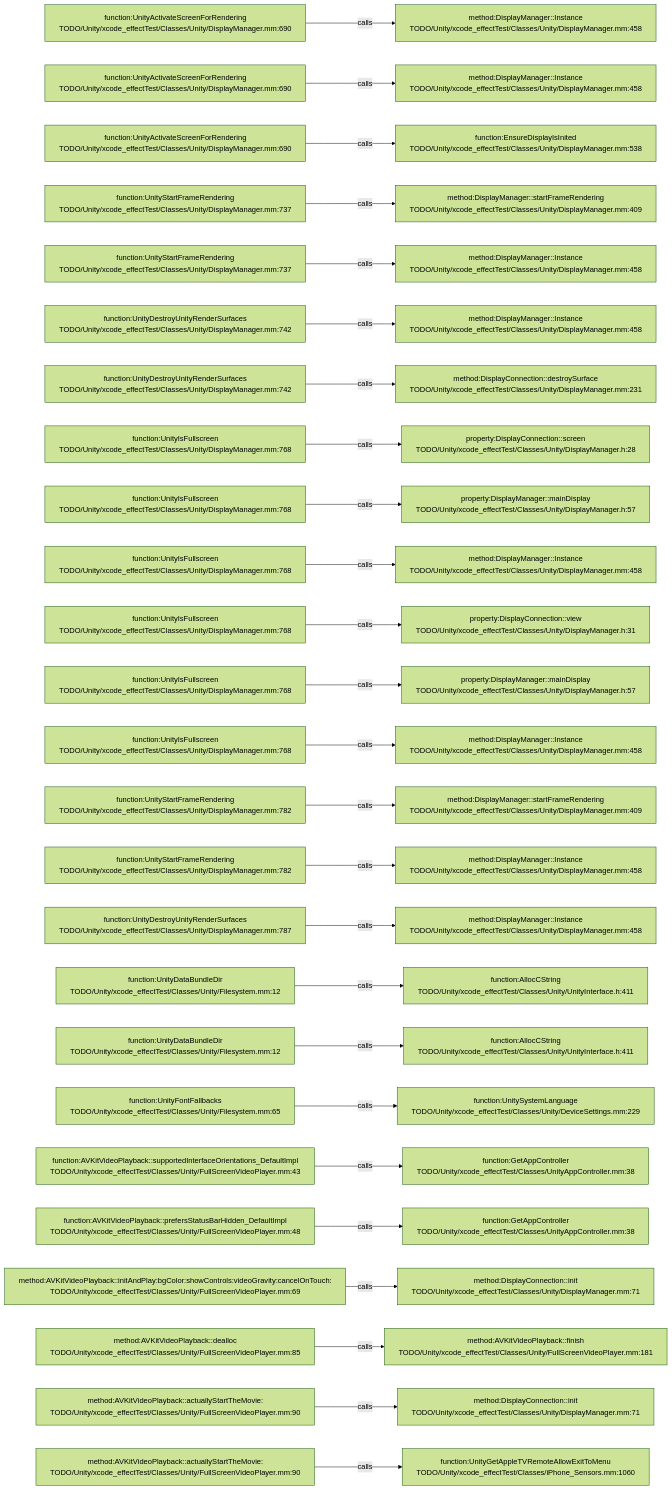
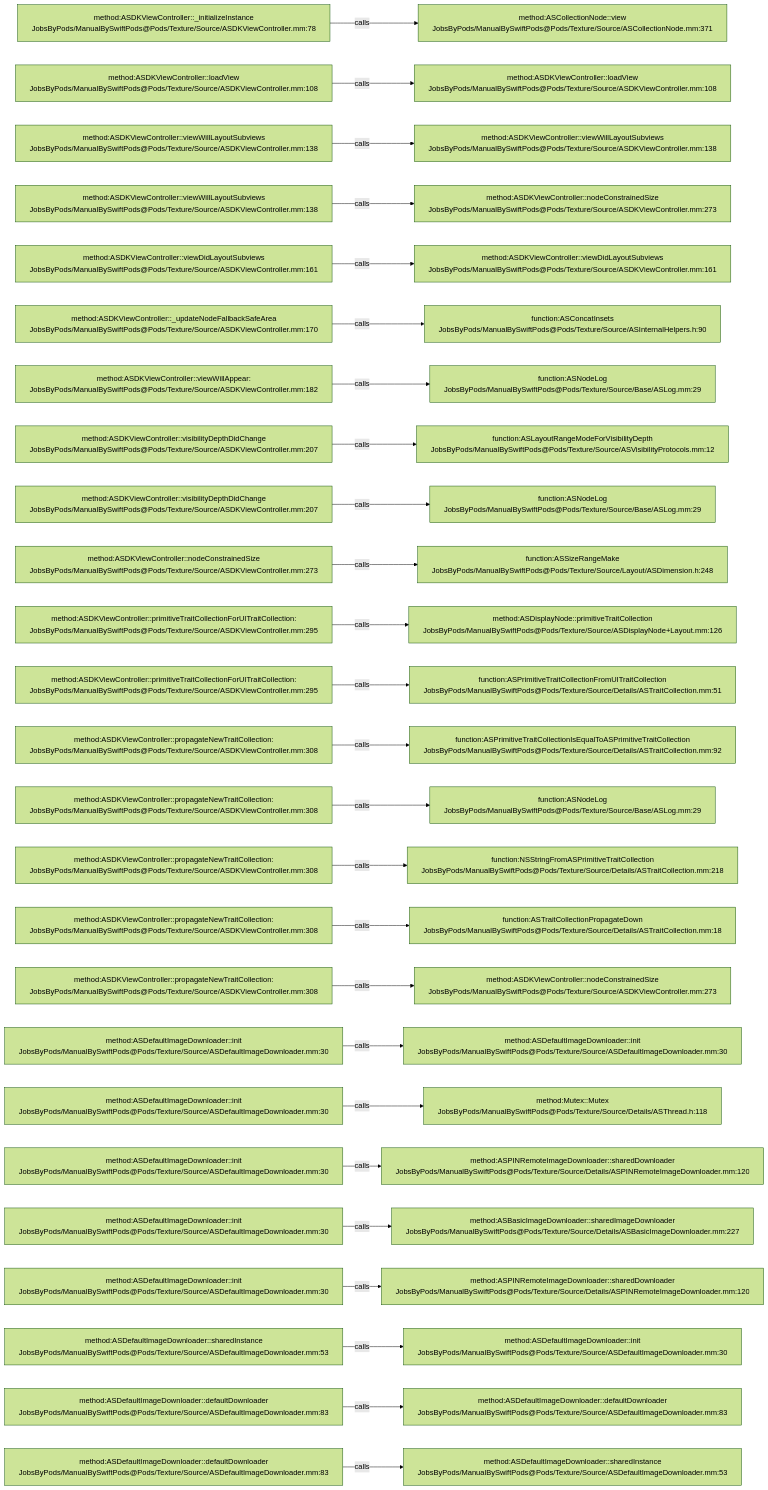
The diagram in .codegraph/codegraph.md/graphs/calls-038.md (JobsKits/JobsSwiftBaseConfigDemo), drawn with Mermaid (forest theme) before and after one commit. The commit also changed 2959 other files, not shown here.

````diff
--- a/.codegraph/codegraph.md/graphs/calls-038.md
+++ b/.codegraph/codegraph.md/graphs/calls-038.md
@@ -13,78 +13,78 @@
 ```mermaid
 flowchart LR
-  S1["function:UnityActivateScreenForRendering<br/>TODO/Unity/xcode_effectTest/Classes/Unity/DisplayManager.mm:690"]
-  T1["method:DisplayManager::Instance<br/>TODO/Unity/xcode_effectTest/Classes/Unity/DisplayManager.mm:458"]
+  S1["method:ASDKViewController::_initializeInstance<br/>JobsByPods/ManualBySwiftPods@Pods/Texture/Source/ASDKViewController.mm:78"]
+  T1["method:ASCollectionNode::view<br/>JobsByPods/ManualBySwiftPods@Pods/Texture/Source/ASCollectionNode.mm:371"]
   S1 -->|calls| T1
-  S2["function:UnityActivateScreenForRendering<br/>TODO/Unity/xcode_effectTest/Classes/Unity/DisplayManager.mm:690"]
-  T2["method:DisplayManager::Instance<br/>TODO/Unity/xcode_effectTest/Classes/Unity/DisplayManager.mm:458"]
+  S2["method:ASDKViewController::loadView<br/>JobsByPods/ManualBySwiftPods@Pods/Texture/Source/ASDKViewController.mm:108"]
+  T2["method:ASDKViewController::loadView<br/>JobsByPods/ManualBySwiftPods@Pods/Texture/Source/ASDKViewController.mm:108"]
   S2 -->|calls| T2
-  S3["function:UnityActivateScreenForRendering<br/>TODO/Unity/xcode_effectTest/Classes/Unity/DisplayManager.mm:690"]
-  T3["function:EnsureDisplayIsInited<br/>TODO/Unity/xcode_effectTest/Classes/Unity/DisplayManager.mm:538"]
+  S3["method:ASDKViewController::viewWillLayoutSubviews<br/>JobsByPods/ManualBySwiftPods@Pods/Texture/Source/ASDKViewController.mm:138"]
+  T3["method:ASDKViewController::viewWillLayoutSubviews<br/>JobsByPods/ManualBySwiftPods@Pods/Texture/Source/ASDKViewController.mm:138"]
   S3 -->|calls| T3
-  S4["function:UnityStartFrameRendering<br/>TODO/Unity/xcode_effectTest/Classes/Unity/DisplayManager.mm:737"]
-  T4["method:DisplayManager::startFrameRendering<br/>TODO/Unity/xcode_effectTest/Classes/Unity/DisplayManager.mm:409"]
+  S4["method:ASDKViewController::viewWillLayoutSubviews<br/>JobsByPods/ManualBySwiftPods@Pods/Texture/Source/ASDKViewController.mm:138"]
+  T4["method:ASDKViewController::nodeConstrainedSize<br/>JobsByPods/ManualBySwiftPods@Pods/Texture/Source/ASDKViewController.mm:273"]
   S4 -->|calls| T4
-  S5["function:UnityStartFrameRendering<br/>TODO/Unity/xcode_effectTest/Classes/Unity/DisplayManager.mm:737"]
-  T5["method:DisplayManager::Instance<br/>TODO/Unity/xcode_effectTest/Classes/Unity/DisplayManager.mm:458"]
+  S5["method:ASDKViewController::viewDidLayoutSubviews<br/>JobsByPods/ManualBySwiftPods@Pods/Texture/Source/ASDKViewController.mm:161"]
+  T5["method:ASDKViewController::viewDidLayoutSubviews<br/>JobsByPods/ManualBySwiftPods@Pods/Texture/Source/ASDKViewController.mm:161"]
   S5 -->|calls| T5
-  S6["function:UnityDestroyUnityRenderSurfaces<br/>TODO/Unity/xcode_effectTest/Classes/Unity/DisplayManager.mm:742"]
-  T6["method:DisplayManager::Instance<br/>TODO/Unity/xcode_effectTest/Classes/Unity/DisplayManager.mm:458"]
+  S6["method:ASDKViewController::_updateNodeFallbackSafeArea<br/>JobsByPods/ManualBySwiftPods@Pods/Texture/Source/ASDKViewController.mm:170"]
+  T6["function:ASConcatInsets<br/>JobsByPods/ManualBySwiftPods@Pods/Texture/Source/ASInternalHelpers.h:90"]
   S6 -->|calls| T6
-  S7["function:UnityDestroyUnityRenderSurfaces<br/>TODO/Unity/xcode_effectTest/Classes/Unity/DisplayManager.mm:742"]
-  T7["method:DisplayConnection::destroySurface<br/>TODO/Unity/xcode_effectTest/Classes/Unity/DisplayManager.mm:231"]
+  S7["method:ASDKViewController::viewWillAppear:<br/>JobsByPods/ManualBySwiftPods@Pods/Texture/Source/ASDKViewController.mm:182"]
+  T7["function:ASNodeLog<br/>JobsByPods/ManualBySwiftPods@Pods/Texture/Source/Base/ASLog.mm:29"]
   S7 -->|calls| T7
-  S8["function:UnityIsFullscreen<br/>TODO/Unity/xcode_effectTest/Classes/Unity/DisplayManager.mm:768"]
-  T8["property:DisplayConnection::screen<br/>TODO/Unity/xcode_effectTest/Classes/Unity/DisplayManager.h:28"]
+  S8["method:ASDKViewController::visibilityDepthDidChange<br/>JobsByPods/ManualBySwiftPods@Pods/Texture/Source/ASDKViewController.mm:207"]
+  T8["function:ASLayoutRangeModeForVisibilityDepth<br/>JobsByPods/ManualBySwiftPods@Pods/Texture/Source/ASVisibilityProtocols.mm:12"]
   S8 -->|calls| T8
-  S9["function:UnityIsFullscreen<br/>TODO/Unity/xcode_effectTest/Classes/Unity/DisplayManager.mm:768"]
-  T9["property:DisplayManager::mainDisplay<br/>TODO/Unity/xcode_effectTest/Classes/Unity/DisplayManager.h:57"]
+  S9["method:ASDKViewController::visibilityDepthDidChange<br/>JobsByPods/ManualBySwiftPods@Pods/Texture/Source/ASDKViewController.mm:207"]
+  T9["function:ASNodeLog<br/>JobsByPods/ManualBySwiftPods@Pods/Texture/Source/Base/ASLog.mm:29"]
   S9 -->|calls| T9
-  S10["function:UnityIsFullscreen<br/>TODO/Unity/xcode_effectTest/Classes/Unity/DisplayManager.mm:768"]
-  T10["method:DisplayManager::Instance<br/>TODO/Unity/xcode_effectTest/Classes/Unity/DisplayManager.mm:458"]
+  S10["method:ASDKViewController::nodeConstrainedSize<br/>JobsByPods/ManualBySwiftPods@Pods/Texture/Source/ASDKViewController.mm:273"]
+  T10["function:ASSizeRangeMake<br/>JobsByPods/ManualBySwiftPods@Pods/Texture/Source/Layout/ASDimension.h:248"]
   S10 -->|calls| T10
-  S11["function:UnityIsFullscreen<br/>TODO/Unity/xcode_effectTest/Classes/Unity/DisplayManager.mm:768"]
-  T11["property:DisplayConnection::view<br/>TODO/Unity/xcode_effectTest/Classes/Unity/DisplayManager.h:31"]
+  S11["method:ASDKViewController::primitiveTraitCollectionForUITraitCollection:<br/>JobsByPods/ManualBySwiftPods@Pods/Texture/Source/ASDKViewController.mm:295"]
+  T11["method:ASDisplayNode::primitiveTraitCollection<br/>JobsByPods/ManualBySwiftPods@Pods/Texture/Source/ASDisplayNode+Layout.mm:126"]
   S11 -->|calls| T11
-  S12["function:UnityIsFullscreen<br/>TODO/Unity/xcode_effectTest/Classes/Unity/DisplayManager.mm:768"]
-  T12["property:DisplayManager::mainDisplay<br/>TODO/Unity/xcode_effectTest/Classes/Unity/DisplayManager.h:57"]
+  S12["method:ASDKViewController::primitiveTraitCollectionForUITraitCollection:<br/>JobsByPods/ManualBySwiftPods@Pods/Texture/Source/ASDKViewController.mm:295"]
+  T12["function:ASPrimitiveTraitCollectionFromUITraitCollection<br/>JobsByPods/ManualBySwiftPods@Pods/Texture/Source/Details/ASTraitCollection.mm:51"]
   S12 -->|calls| T12
-  S13["function:UnityIsFullscreen<br/>TODO/Unity/xcode_effectTest/Classes/Unity/DisplayManager.mm:768"]
-  T13["method:DisplayManager::Instance<br/>TODO/Unity/xcode_effectTest/Classes/Unity/DisplayManager.mm:458"]
+  S13["method:ASDKViewController::propagateNewTraitCollection:<br/>JobsByPods/ManualBySwiftPods@Pods/Texture/Source/ASDKViewController.mm:308"]
+  T13["function:ASPrimitiveTraitCollectionIsEqualToASPrimitiveTraitCollection<br/>JobsByPods/ManualBySwiftPods@Pods/Texture/Source/Details/ASTraitCollection.mm:92"]
   S13 -->|calls| T13
-  S14["function:UnityStartFrameRendering<br/>TODO/Unity/xcode_effectTest/Classes/Unity/DisplayManager.mm:782"]
-  T14["method:DisplayManager::startFrameRendering<br/>TODO/Unity/xcode_effectTest/Classes/Unity/DisplayManager.mm:409"]
+  S14["method:ASDKViewController::propagateNewTraitCollection:<br/>JobsByPods/ManualBySwiftPods@Pods/Texture/Source/ASDKViewController.mm:308"]
+  T14["function:ASNodeLog<br/>JobsByPods/ManualBySwiftPods@Pods/Texture/Source/Base/ASLog.mm:29"]
   S14 -->|calls| T14
-  S15["function:UnityStartFrameRendering<br/>TODO/Unity/xcode_effectTest/Classes/Unity/DisplayManager.mm:782"]
-  T15["method:DisplayManager::Instance<br/>TODO/Unity/xcode_effectTest/Classes/Unity/DisplayManager.mm:458"]
+  S15["method:ASDKViewController::propagateNewTraitCollection:<br/>JobsByPods/ManualBySwiftPods@Pods/Texture/Source/ASDKViewController.mm:308"]
+  T15["function:NSStringFromASPrimitiveTraitCollection<br/>JobsByPods/ManualBySwiftPods@Pods/Texture/Source/Details/ASTraitCollection.mm:218"]
   S15 -->|calls| T15
-  S16["function:UnityDestroyUnityRenderSurfaces<br/>TODO/Unity/xcode_effectTest/Classes/Unity/DisplayManager.mm:787"]
-  T16["method:DisplayManager::Instance<br/>TODO/Unity/xcode_effectTest/Classes/Unity/DisplayManager.mm:458"]
+  S16["method:ASDKViewController::propagateNewTraitCollection:<br/>JobsByPods/ManualBySwiftPods@Pods/Texture/Source/ASDKViewController.mm:308"]
+  T16["function:ASTraitCollectionPropagateDown<br/>JobsByPods/ManualBySwiftPods@Pods/Texture/Source/Details/ASTraitCollection.mm:18"]
   S16 -->|calls| T16
-  S17["function:UnityDataBundleDir<br/>TODO/Unity/xcode_effectTest/Classes/Unity/Filesystem.mm:12"]
-  T17["function:AllocCString<br/>TODO/Unity/xcode_effectTest/Classes/Unity/UnityInterface.h:411"]
+  S17["method:ASDKViewController::propagateNewTraitCollection:<br/>JobsByPods/ManualBySwiftPods@Pods/Texture/Source/ASDKViewController.mm:308"]
+  T17["method:ASDKViewController::nodeConstrainedSize<br/>JobsByPods/ManualBySwiftPods@Pods/Texture/Source/ASDKViewController.mm:273"]
   S17 -->|calls| T17
-  S18["function:UnityDataBundleDir<br/>TODO/Unity/xcode_effectTest/Classes/Unity/Filesystem.mm:12"]
-  T18["function:AllocCString<br/>TODO/Unity/xcode_effectTest/Classes/Unity/UnityInterface.h:411"]
+  S18["method:ASDefaultImageDownloader::init<br/>JobsByPods/ManualBySwiftPods@Pods/Texture/Source/ASDefaultImageDownloader.mm:30"]
+  T18["method:ASDefaultImageDownloader::init<br/>JobsByPods/ManualBySwiftPods@Pods/Texture/Source/ASDefaultImageDownloader.mm:30"]
   S18 -->|calls| T18
-  S19["function:UnityFontFallbacks<br/>TODO/Unity/xcode_effectTest/Classes/Unity/Filesystem.mm:65"]
-  T19["function:UnitySystemLanguage<br/>TODO/Unity/xcode_effectTest/Classes/Unity/DeviceSettings.mm:229"]
+  S19["method:ASDefaultImageDownloader::init<br/>JobsByPods/ManualBySwiftPods@Pods/Texture/Source/ASDefaultImageDownloader.mm:30"]
+  T19["method:Mutex::Mutex<br/>JobsByPods/ManualBySwiftPods@Pods/Texture/Source/Details/ASThread.h:118"]
   S19 -->|calls| T19
-  S20["function:AVKitVideoPlayback::supportedInterfaceOrientations_DefaultImpl<br/>TODO/Unity/xcode_effectTest/Classes/Unity/FullScreenVideoPlayer.mm:43"]
-  T20["function:GetAppController<br/>TODO/Unity/xcode_effectTest/Classes/UnityAppController.mm:38"]
+  S20["method:ASDefaultImageDownloader::init<br/>JobsByPods/ManualBySwiftPods@Pods/Texture/Source/ASDefaultImageDownloader.mm:30"]
+  T20["method:ASPINRemoteImageDownloader::sharedDownloader<br/>JobsByPods/ManualBySwiftPods@Pods/Texture/Source/Details/ASPINRemoteImageDownloader.mm:120"]
   S20 -->|calls| T20
-  S21["function:AVKitVideoPlayback::prefersStatusBarHidden_DefaultImpl<br/>TODO/Unity/xcode_effectTest/Classes/Unity/FullScreenVideoPlayer.mm:48"]
-  T21["function:GetAppController<br/>TODO/Unity/xcode_effectTest/Classes/UnityAppController.mm:38"]
+  S21["method:ASDefaultImageDownloader::init<br/>JobsByPods/ManualBySwiftPods@Pods/Texture/Source/ASDefaultImageDownloader.mm:30"]
+  T21["method:ASBasicImageDownloader::sharedImageDownloader<br/>JobsByPods/ManualBySwiftPods@Pods/Texture/Source/Details/ASBasicImageDownloader.mm:227"]
   S21 -->|calls| T21
-  S22["method:AVKitVideoPlayback::initAndPlay:bgColor:showControls:videoGravity:cancelOnTouch:<br/>TODO/Unity/xcode_effectTest/Classes/Unity/FullScreenVideoPlayer.mm:69"]
-  T22["method:DisplayConnection::init<br/>TODO/Unity/xcode_effectTest/Classes/Unity/DisplayManager.mm:71"]
+  S22["method:ASDefaultImageDownloader::init<br/>JobsByPods/ManualBySwiftPods@Pods/Texture/Source/ASDefaultImageDownloader.mm:30"]
+  T22["method:ASPINRemoteImageDownloader::sharedDownloader<br/>JobsByPods/ManualBySwiftPods@Pods/Texture/Source/Details/ASPINRemoteImageDownloader.mm:120"]
   S22 -->|calls| T22
-  S23["method:AVKitVideoPlayback::dealloc<br/>TODO/Unity/xcode_effectTest/Classes/Unity/FullScreenVideoPlayer.mm:85"]
-  T23["method:AVKitVideoPlayback::finish<br/>TODO/Unity/xcode_effectTest/Classes/Unity/FullScreenVideoPlayer.mm:181"]
+  S23["method:ASDefaultImageDownloader::sharedInstance<br/>JobsByPods/ManualBySwiftPods@Pods/Texture/Source/ASDefaultImageDownloader.mm:53"]
+  T23["method:ASDefaultImageDownloader::init<br/>JobsByPods/ManualBySwiftPods@Pods/Texture/Source/ASDefaultImageDownloader.mm:30"]
   S23 -->|calls| T23
-  S24["method:AVKitVideoPlayback::actuallyStartTheMovie:<br/>TODO/Unity/xcode_effectTest/Classes/Unity/FullScreenVideoPlayer.mm:90"]
-  T24["method:DisplayConnection::init<br/>TODO/Unity/xcode_effectTest/Classes/Unity/DisplayManager.mm:71"]
+  S24["method:ASDefaultImageDownloader::defaultDownloader<br/>JobsByPods/ManualBySwiftPods@Pods/Texture/Source/ASDefaultImageDownloader.mm:83"]
+  T24["method:ASDefaultImageDownloader::defaultDownloader<br/>JobsByPods/ManualBySwiftPods@Pods/Texture/Source/ASDefaultImageDownloader.mm:83"]
   S24 -->|calls| T24
-  S25["method:AVKitVideoPlayback::actuallyStartTheMovie:<br/>TODO/Unity/xcode_effectTest/Classes/Unity/FullScreenVideoPlayer.mm:90"]
-  T25["function:UnityGetAppleTVRemoteAllowExitToMenu<br/>TODO/Unity/xcode_effectTest/Classes/iPhone_Sensors.mm:1060"]
+  S25["method:ASDefaultImageDownloader::defaultDownloader<br/>JobsByPods/ManualBySwiftPods@Pods/Texture/Source/ASDefaultImageDownloader.mm:83"]
+  T25["method:ASDefaultImageDownloader::sharedInstance<br/>JobsByPods/ManualBySwiftPods@Pods/Texture/Source/ASDefaultImageDownloader.mm:53"]
   S25 -->|calls| T25
 ```
````
